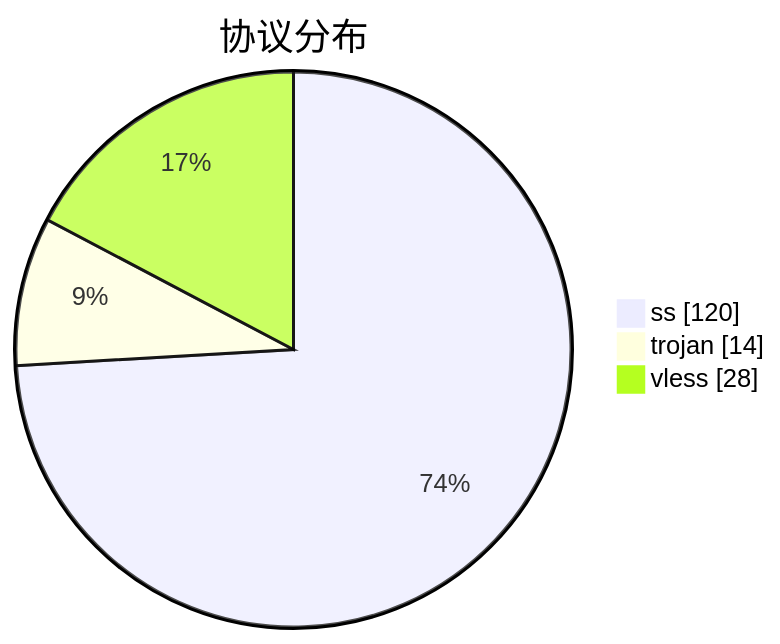
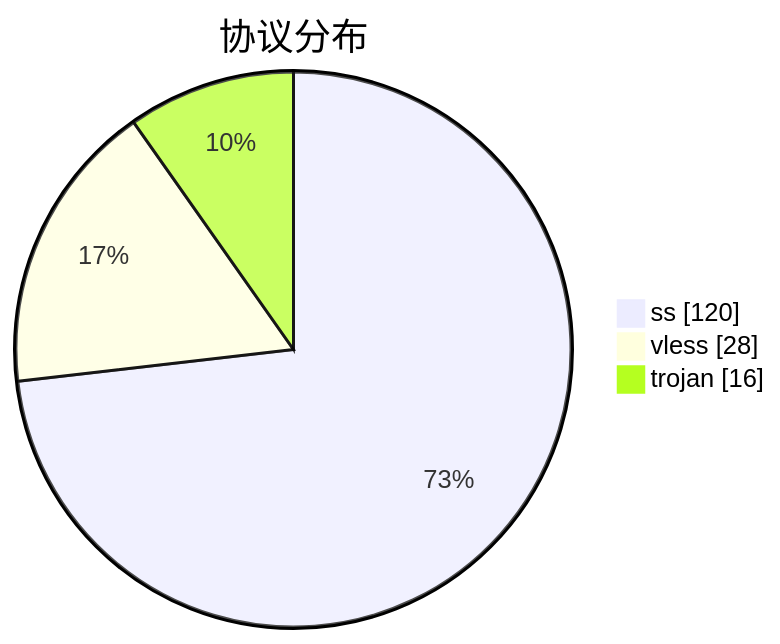
The third of 3 diagrams in subs/statistics/tested_within.md (qjlxg/airport), drawn with Mermaid before and after one commit. The commit also changed other lines of this file and 2 other files, not shown here.

````diff
--- a/subs/statistics/tested_within.md
+++ b/subs/statistics/tested_within.md
@@ -16,7 +16,7 @@
 ```mermaid
 pie showData
 title 协议分布
 "ss" : 120
-"trojan" : 14
 "vless" : 28
+"trojan" : 16
 ```
````
